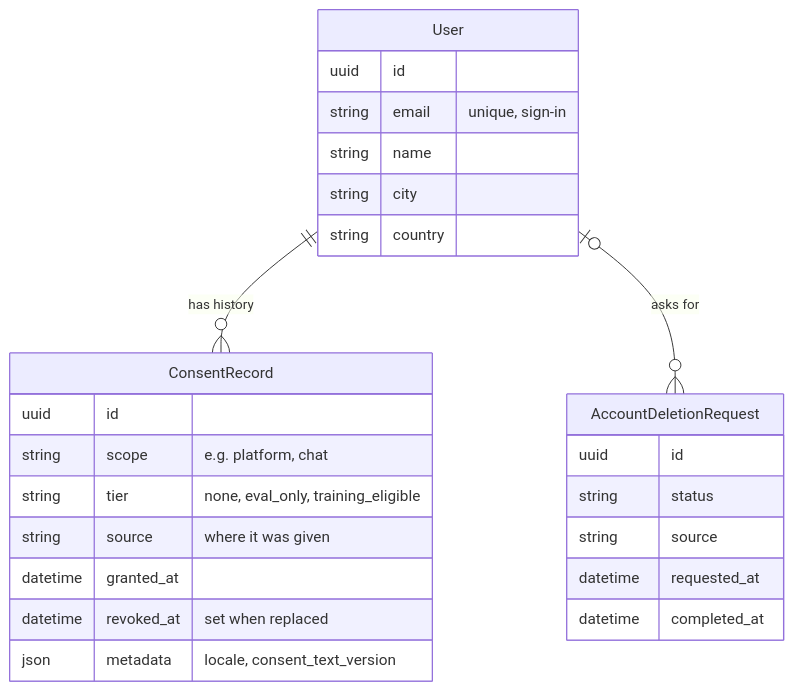
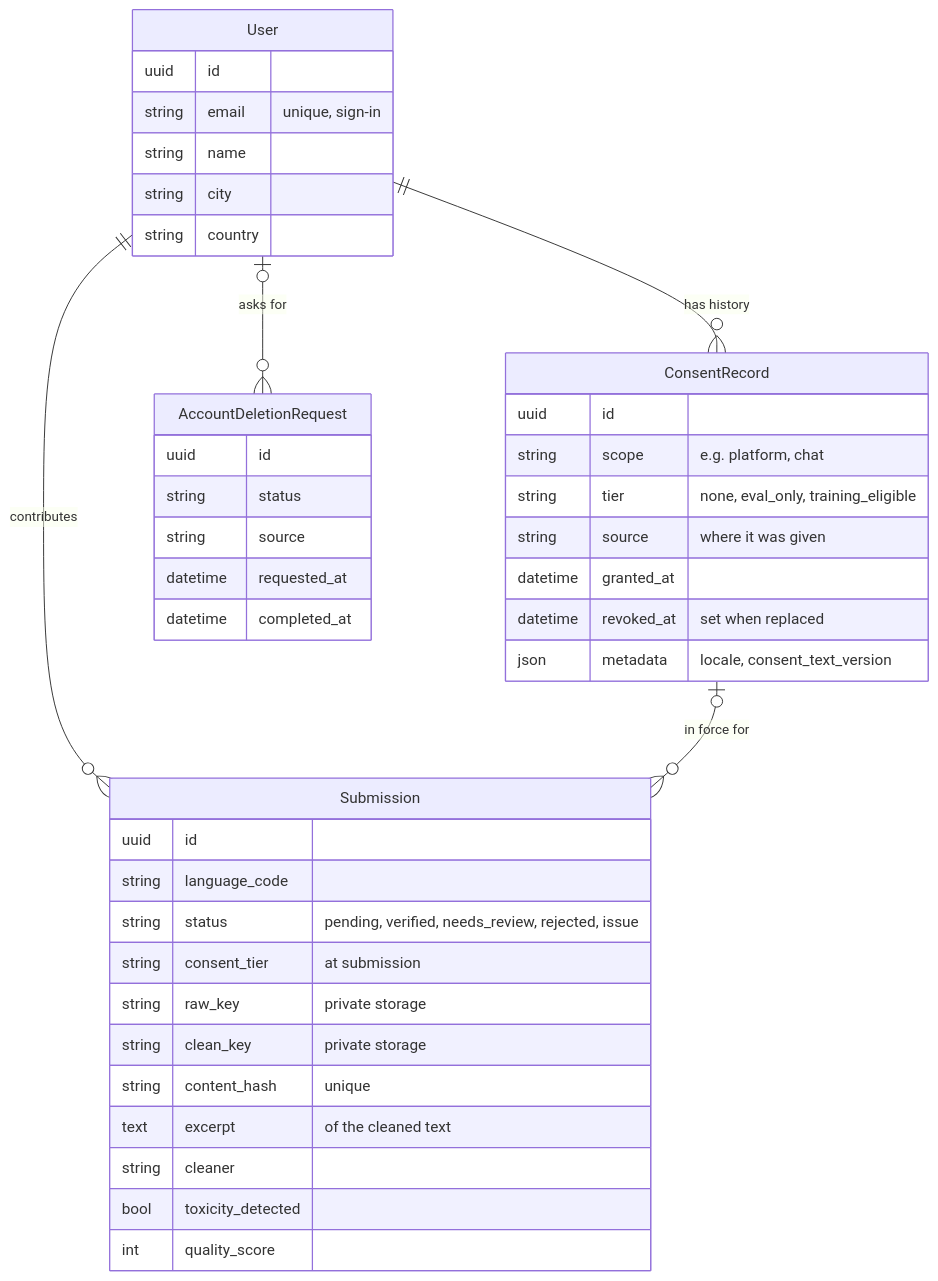
Before and after one commit to Bahasa-Ibu/baibu-community: the second of 2 diagrams in docs/developer/architecture.md, drawn with Mermaid. The commit also changed other lines of this file and 40 other files, not shown here.

````diff
--- a/docs/developer/architecture.md
+++ b/docs/developer/architecture.md
@@ -48,28 +49,43 @@
 ```mermaid
 erDiagram
     User ||--o{ ConsentRecord : "has history"
     User |o--o{ AccountDeletionRequest : "asks for"
+    User ||--o{ Submission : contributes
+    ConsentRecord |o--o{ Submission : "in force for"
     User {
         uuid id
         string email "unique, sign-in"
         string name
         string city
         string country
     }
     ConsentRecord {
         uuid id
         string scope "e.g. platform, chat"
         string tier "none, eval_only, training_eligible"
         string source "where it was given"
         datetime granted_at
         datetime revoked_at "set when replaced"
         json metadata "locale, consent_text_version"
     }
+    Submission {
+        uuid id
+        string language_code
+        string status "pending, verified, needs_review, rejected, issue"
+        string consent_tier "at submission"
+        string raw_key "private storage"
+        string clean_key "private storage"
+        string content_hash "unique"
+        text excerpt "of the cleaned text"
+        string cleaner
+        bool toxicity_detected
+        int quality_score
+    }
     AccountDeletionRequest {
         uuid id
         string status
         string source
         datetime requested_at
         datetime completed_at
     }
 ```
````
